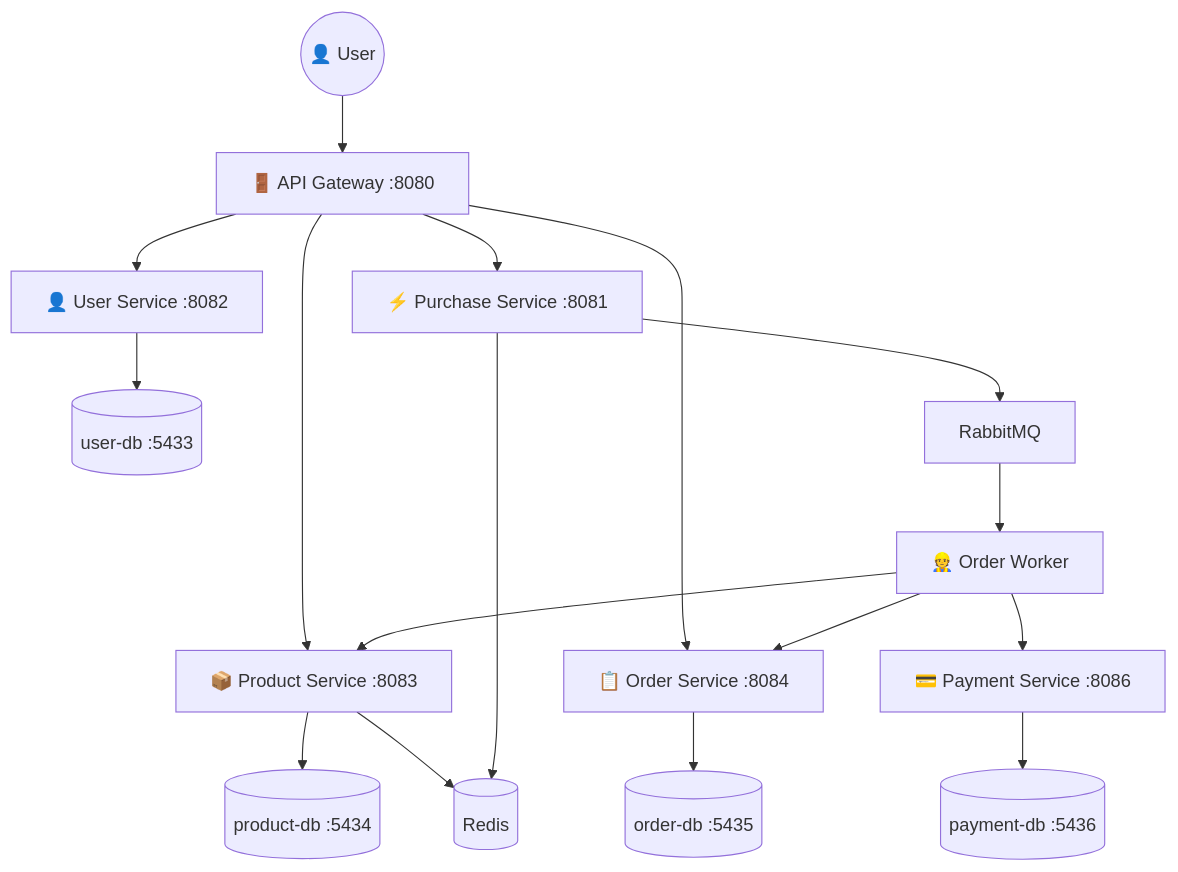
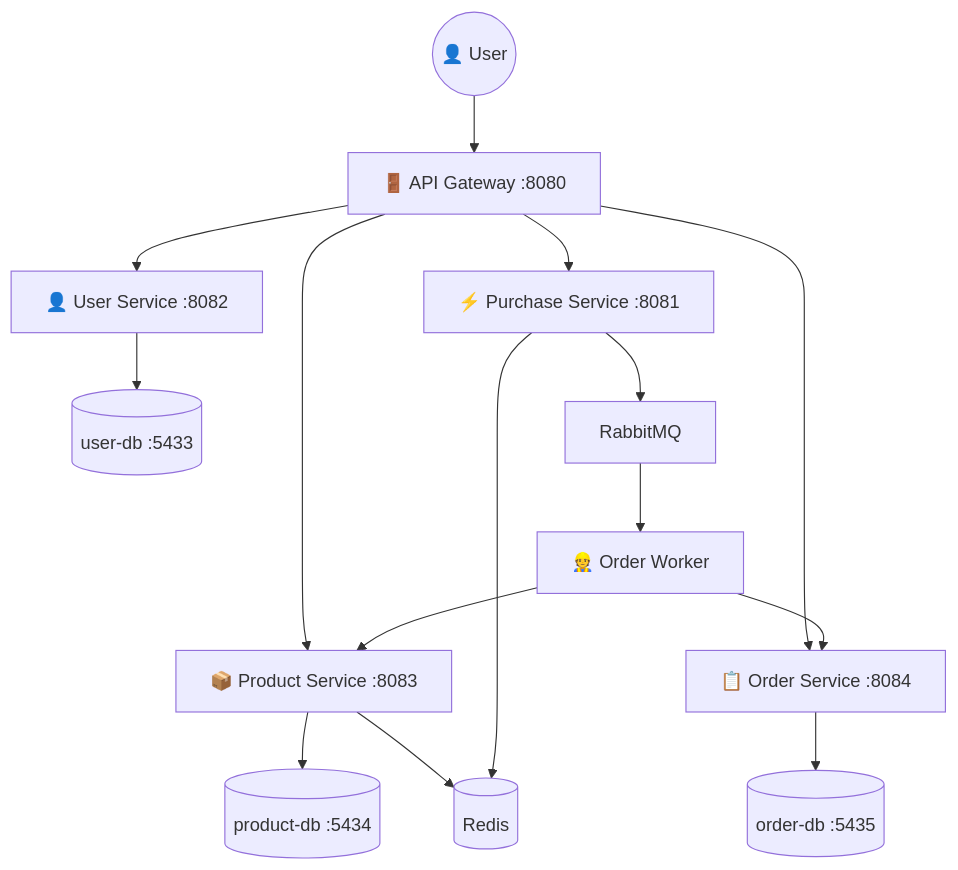
The diagram in README.md (albert4183r7/Flash-Sale-Engine), drawn with Mermaid before and after one commit. The commit also changed other lines of this file and 26 other files, not shown here.

First line of the commit message:
refactor: remove payment service, update to 6 microservices

````diff
--- a/README.md
+++ b/README.md
@@ -52,21 +50,19 @@
 ```mermaid
 graph TD
     User((👤 User)) --> AG[🚪 API Gateway :8080]
     
     AG --> US[👤 User Service :8082]
     AG --> ProdS[📦 Product Service :8083]
     AG --> OS[📋 Order Service :8084]
     AG --> PS[⚡ Purchase Service :8081]
     
     US --> UserDB[(user-db :5433)]
     ProdS --> ProductDB[(product-db :5434)]
     OS --> OrderDB[(order-db :5435)]
-    PayS[💳 Payment Service :8086] --> PaymentDB[(payment-db :5436)]
     ProdS --> Redis[(Redis)]
     PS --> Redis
     PS --> RMQ[RabbitMQ]
     RMQ --> OW[👷 Order Worker]
     OW --> OS
     OW --> ProdS
-    OW --> PayS
 ```
````
